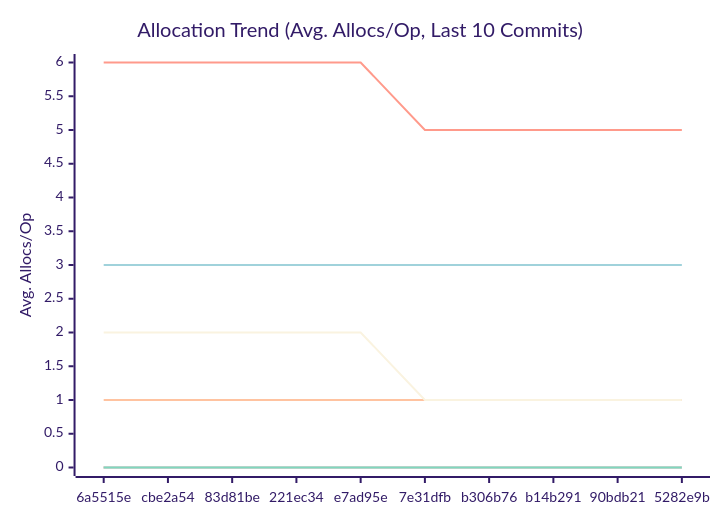
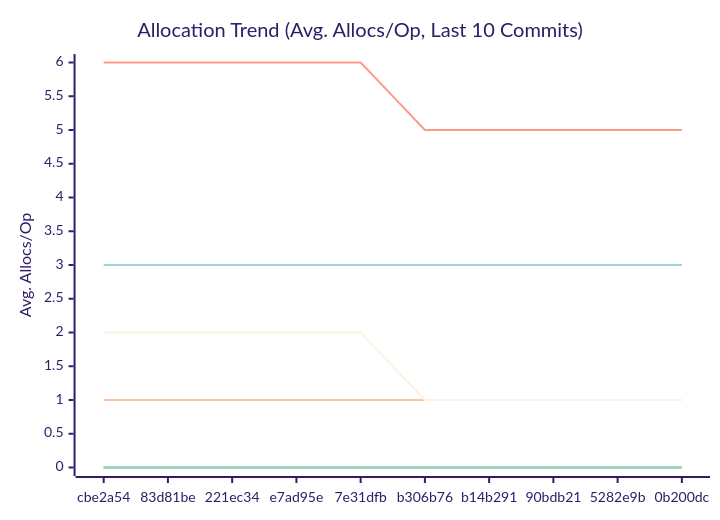
Before and after one commit to alsotoes/momo: the third of 3 diagrams in docs/PERFORMANCE.md, drawn with Mermaid (forest theme). The commit also changed other lines of this file and 2 other files, not shown here.

````diff
--- a/docs/PERFORMANCE.md
+++ b/docs/PERFORMANCE.md
@@ -114,16 +114,16 @@
 ```mermaid
 xychart-beta
     title "Allocation Trend (Avg. Allocs/Op, Last 10 Commits)"
     x-axis "Commit"
     y-axis "Avg. Allocs/Op"
-    x-axis [6a5515e,cbe2a54,83d81be,221ec34,e7ad95e,7e31dfb,b306b76,b14b291,90bdb21,5282e9b]
+    x-axis [cbe2a54,83d81be,221ec34,e7ad95e,7e31dfb,b306b76,b14b291,90bdb21,5282e9b,0b200dc]
     line "CheckMetricsAndSwap" [0,0,0,0,0,0,0,0,0,0]
     line "CrushOptimized" [0,0,0,0,0,0,0,0,0,0]
     line "CrushOriginal" [3,3,3,3,3,3,3,3,3,3]
     line "IndexDirectTracking" [0,0,0,0,0,0,0,0,0,0]
     line "IndexSearch" [0,0,0,0,0,0,0,0,0,0]
     line "LoadGlobalConfig" [1,1,1,1,1,1,1,1,1,1]
     line "PadString" [0,0,0,0,0,0,0,0,0,0]
     line "ParseReplicationOrder_NoPrealloc" [6,6,6,6,6,5,5,5,5,5]
     line "ParseReplicationOrder_Prealloc" [2,2,2,2,2,1,1,1,1,1]
 ```
````
